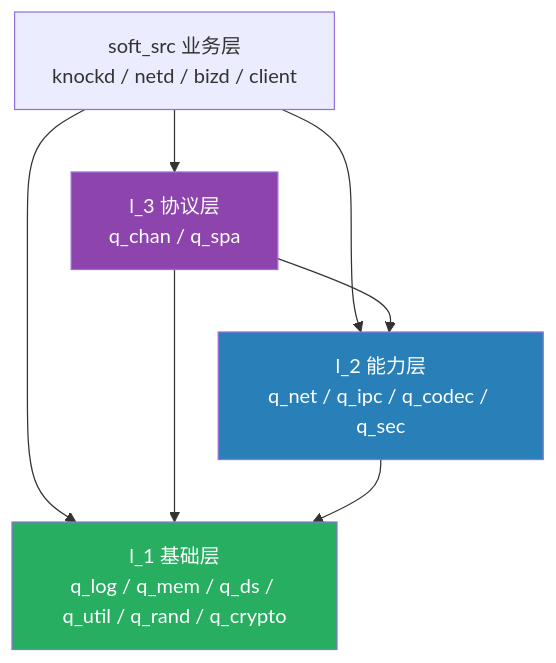
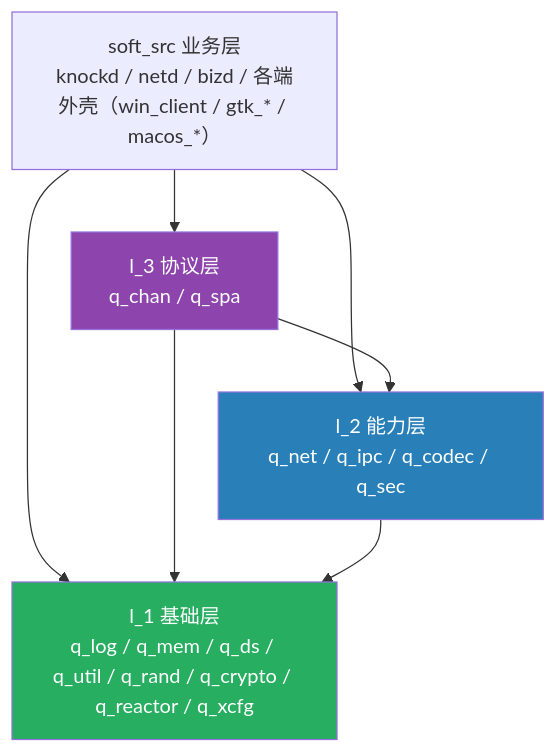
The diagram in AI_SKILL_RULE.md (unix2005/cs_dev), drawn with Mermaid before and after one commit. The commit also changed other lines of this file and 19 other files, not shown here.

````diff
--- a/AI_SKILL_RULE.md
+++ b/AI_SKILL_RULE.md
@@ -152,18 +156,18 @@
 ```mermaid
 graph TD
-    APP["soft_src 业务层<br/>knockd / netd / bizd / client"]
+    APP["soft_src 业务层<br/>knockd / netd / bizd / 各端外壳（win_client / gtk_* / macos_*）"]
     L3["l_3 协议层<br/>q_chan / q_spa"]
     L2["l_2 能力层<br/>q_net / q_ipc / q_codec / q_sec"]
-    L1["l_1 基础层<br/>q_log / q_mem / q_ds / q_util / q_rand / q_crypto"]
+    L1["l_1 基础层<br/>q_log / q_mem / q_ds / q_util / q_rand / q_crypto / q_reactor / q_xcfg"]
 
     APP --> L3
     APP --> L2
     APP --> L1
     L3  --> L2
     L3  --> L1
     L2  --> L1
 
     style L1 fill:#27ae60,color:#fff
     style L2 fill:#2980b9,color:#fff
     style L3 fill:#8e44ad,color:#fff
 ```
````
